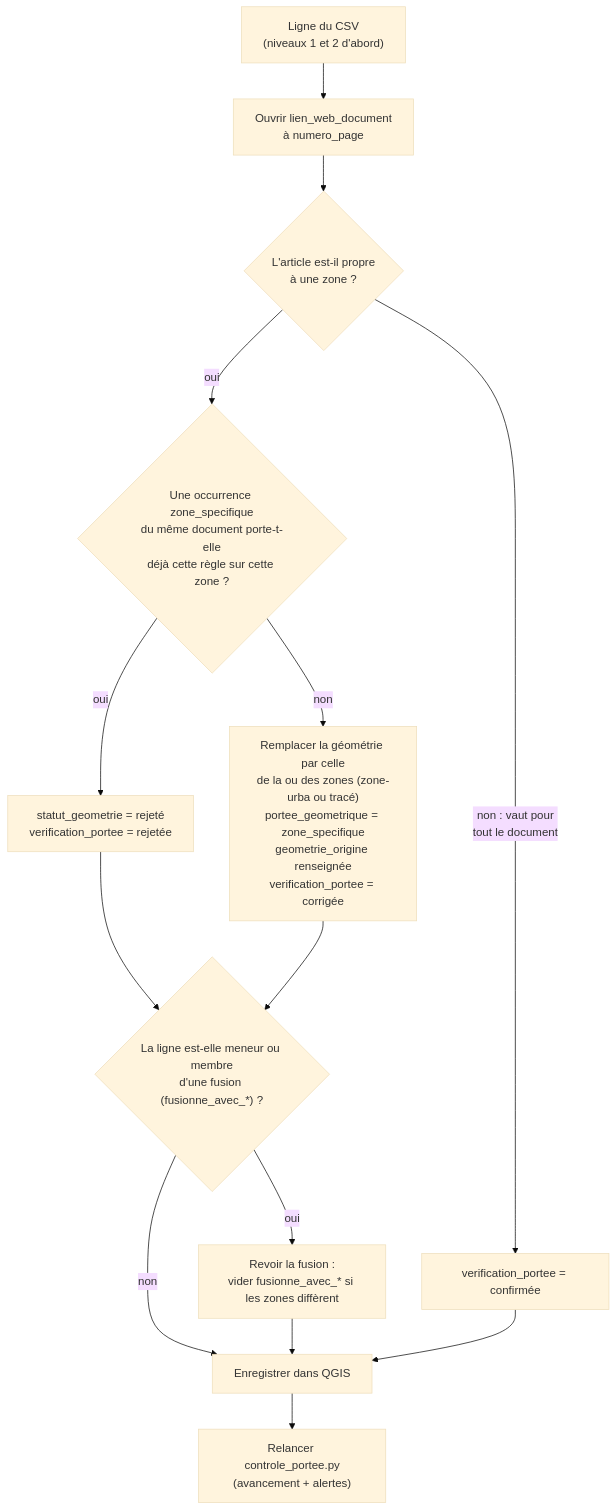
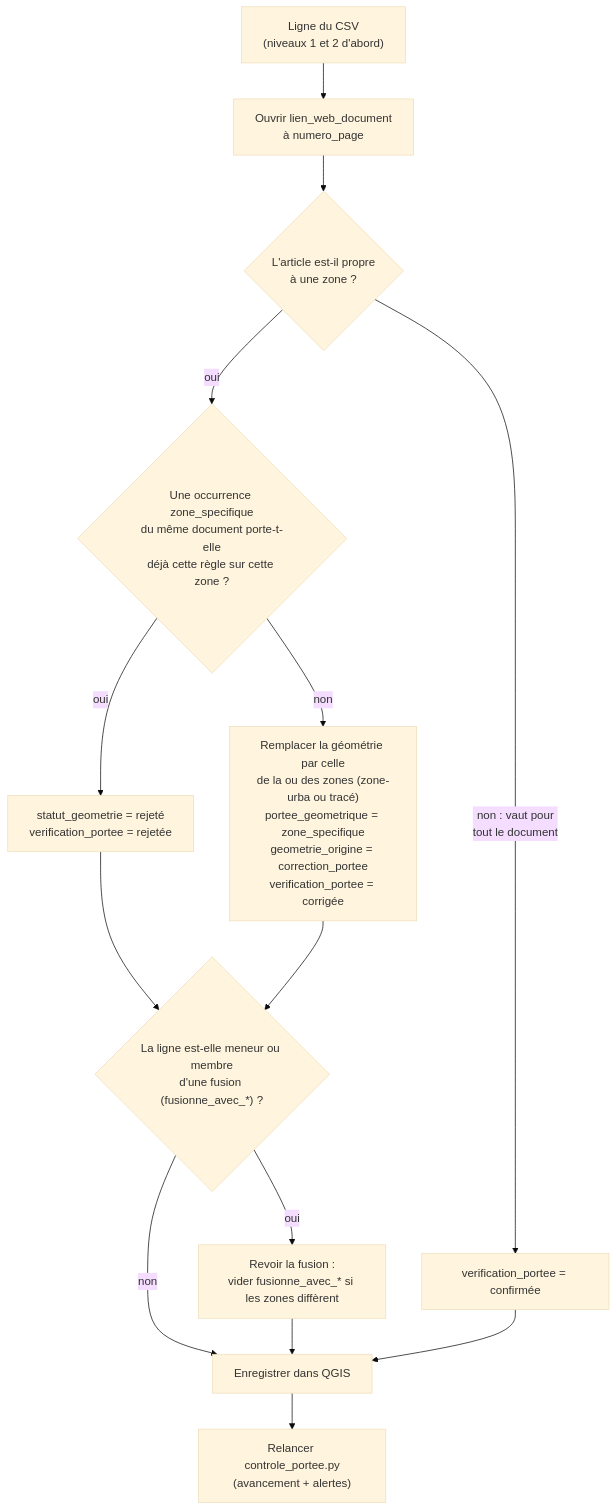
The second of 2 diagrams in poc-urbanisme-plu/docs/etape-4-conception-technique.md (nantodevison/diagbruit.beta.gouv.fr), drawn with Mermaid (base theme) before and after one commit. The commit also changed other lines of this file and 4 other files, not shown here.

````diff
--- a/poc-urbanisme-plu/docs/etape-4-conception-technique.md
+++ b/poc-urbanisme-plu/docs/etape-4-conception-technique.md
@@ -267,16 +267,16 @@
 ```mermaid
 flowchart TD
     A["Ligne du CSV<br/>(niveaux 1 et 2 d'abord)"] --> B["Ouvrir lien_web_document<br/>à numero_page"]
     B --> C{"L'article est-il propre<br/>à une zone ?"}
     C -- "non : vaut pour<br/>tout le document" --> OK["verification_portee = confirmée"]
     C -- oui --> D{"Une occurrence zone_specifique<br/>du même document porte-t-elle<br/>déjà cette règle sur cette zone ?"}
     D -- oui --> R["statut_geometrie = rejeté<br/>verification_portee = rejetée"]
-    D -- non --> G["Remplacer la géométrie par celle<br/>de la ou des zones (zone-urba ou tracé)<br/>portee_geometrique = zone_specifique<br/>geometrie_origine renseignée<br/>verification_portee = corrigée"]
+    D -- non --> G["Remplacer la géométrie par celle<br/>de la ou des zones (zone-urba ou tracé)<br/>portee_geometrique = zone_specifique<br/>geometrie_origine = correction_portee<br/>verification_portee = corrigée"]
     R --> F{"La ligne est-elle meneur ou membre<br/>d'une fusion (fusionne_avec_*) ?"}
     G --> F
     F -- oui --> H["Revoir la fusion :<br/>vider fusionne_avec_* si les zones diffèrent"]
     F -- non --> S["Enregistrer dans QGIS"]
     H --> S
     OK --> S
     S --> T["Relancer controle_portee.py<br/>(avancement + alertes)"]
 ```
````
